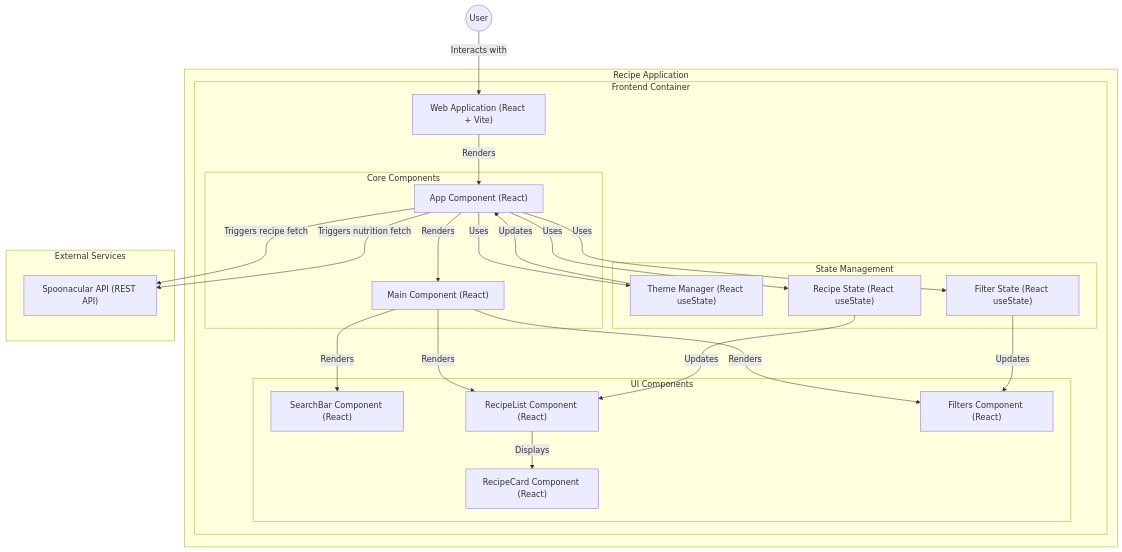
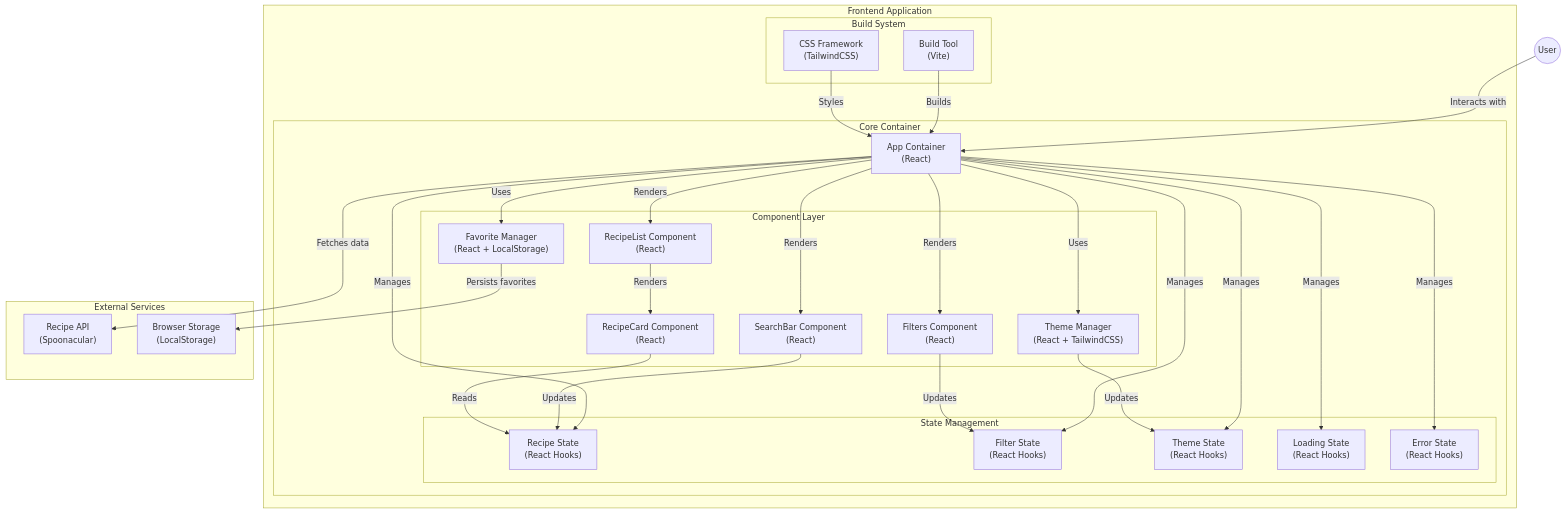
Before and after one commit to dargabi/recipe-app: the diagram in README.md, drawn with Mermaid.

````diff
--- a/README.md
+++ b/README.md
@@ -60,59 +60,69 @@
 ```mermaid
 graph TB
-  User((User))
+    User((User))
 
-  subgraph "Recipe Application"
-    subgraph "Frontend Container"
-        WebApp["Web Application (React + Vite)"]
-        
-        subgraph "Core Components"
-            AppComponent["App Component (React)"]
-            MainComponent["Main Component (React)"]
+    subgraph "Frontend Application"
+        subgraph "Core Container"
+            App["App Container<br>(React)"]
+            
+            subgraph "Component Layer"
+                SearchBar["SearchBar Component<br>(React)"]
+                RecipeList["RecipeList Component<br>(React)"]
+                Filters["Filters Component<br>(React)"]
+                RecipeCard["RecipeCard Component<br>(React)"]
+                ThemeManager["Theme Manager<br>(React + TailwindCSS)"]
+                FavoriteManager["Favorite Manager<br>(React + LocalStorage)"]
+            end
+            
+            subgraph "State Management"
+                RecipeState["Recipe State<br>(React Hooks)"]
+                FilterState["Filter State<br>(React Hooks)"]
+                ThemeState["Theme State<br>(React Hooks)"]
+                LoadingState["Loading State<br>(React Hooks)"]
+                ErrorState["Error State<br>(React Hooks)"]
+            end
         end
-        
-        subgraph "UI Components"
-            SearchBar["SearchBar Component (React)"]
-            RecipeList["RecipeList Component (React)"]
-            RecipeCard["RecipeCard Component (React)"]
-            Filters["Filters Component (React)"]
-        end
-        
-        subgraph "State Management"
-            ThemeState["Theme Manager (React useState)"]
-            RecipeState["Recipe State (React useState)"]
-            FilterState["Filter State (React useState)"]
+
+        subgraph "Build System"
+            Vite["Build Tool<br>(Vite)"]
+            TailwindCSS["CSS Framework<br>(TailwindCSS)"]
         end
     end
-  end
 
-  subgraph "External Services"
-    SpoonacularAPI["Spoonacular API (REST API)"]
-  end
+    subgraph "External Services"
+        SpoonacularAPI["Recipe API<br>(Spoonacular)"]
+        LocalStorage["Browser Storage<br>(LocalStorage)"]
+    end
 
-  %% User interactions
-  User -->|"Interacts with"| WebApp
+    %% User interactions
+    User -->|"Interacts with"| App
+    
+    %% Core container relationships
+    App -->|"Manages"| RecipeState
+    App -->|"Manages"| FilterState
+    App -->|"Manages"| ThemeState
+    App -->|"Manages"| LoadingState
+    App -->|"Manages"| ErrorState
 
-  %% Main component relationships
-  WebApp -->|"Renders"| AppComponent
-  AppComponent -->|"Renders"| MainComponent
+    %% Component relationships
+    App -->|"Renders"| SearchBar
+    App -->|"Renders"| RecipeList
+    App -->|"Renders"| Filters
+    RecipeList -->|"Renders"| RecipeCard
+    App -->|"Uses"| ThemeManager
+    App -->|"Uses"| FavoriteManager
 
-  %% UI Component relationships
-  MainComponent -->|"Renders"| SearchBar
-  MainComponent -->|"Renders"| RecipeList
-  MainComponent -->|"Renders"| Filters
-  RecipeList -->|"Displays"| RecipeCard
-
-  %% State management
-  AppComponent -->|"Uses"| ThemeState
-  AppComponent -->|"Uses"| RecipeState
-  AppComponent -->|"Uses"| FilterState
-
-  %% External API interactions
-  AppComponent -->|"Triggers recipe fetch"| SpoonacularAPI
-  AppComponent -->|"Triggers nutrition fetch"| SpoonacularAPI
-
-  %% State to component relationships
-  RecipeState -->|"Updates"| RecipeList
-  FilterState -->|"Updates"| Filters
-  ThemeState -->|"Updates"| AppComponent
+    %% State relationships
+    SearchBar -->|"Updates"| RecipeState
+    Filters -->|"Updates"| FilterState
+    ThemeManager -->|"Updates"| ThemeState
+    RecipeCard -->|"Reads"| RecipeState
+    
+    %% External service interactions
+    App -->|"Fetches data"| SpoonacularAPI
+    FavoriteManager -->|"Persists favorites"| LocalStorage
+    
+    %% Build system relationships
+    Vite -->|"Builds"| App
+    TailwindCSS -->|"Styles"| App
 ```
````
